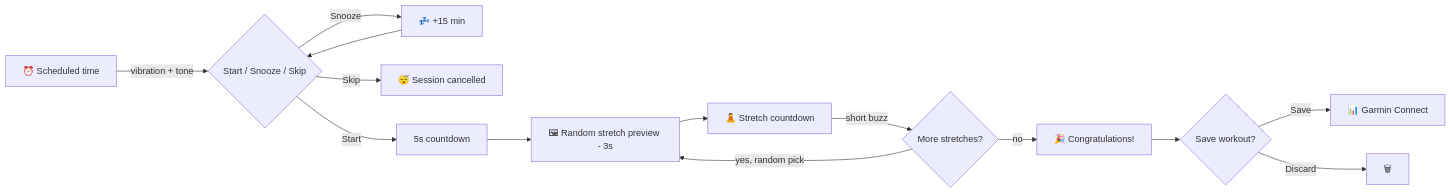
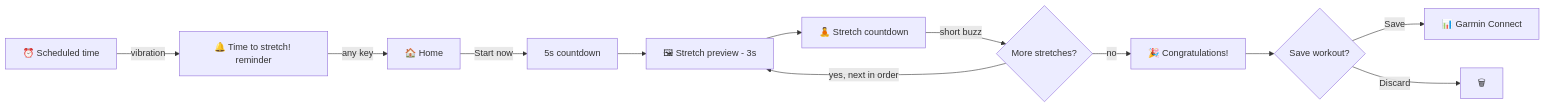
Before and after one commit to renanleonellocastro/Stretches: the diagram in README.md, drawn with Mermaid. The commit also changed other lines of this file and 341 other files, not shown here.

First line of the commit message:
v1.1.0: orange rebrand, button-free reminder, fixed order + reorder (#10)

````diff
--- a/README.md
+++ b/README.md
@@ -74,15 +74,14 @@
 ```mermaid
 flowchart LR
-    A[⏰ Scheduled time] -->|vibration + tone| B{Start / Snooze / Skip}
-    B -->|Snooze| A2[💤 +15 min] --> B
-    B -->|Skip| Z[😴 Session cancelled]
-    B -->|Start| C[5s countdown]
-    C --> D[🖼 Random stretch preview - 3s]
+    A[⏰ Scheduled time] -->|vibration| B[🔔 Time to stretch! reminder]
+    B -->|any key| H0[🏠 Home]
+    H0 -->|Start now| C[5s countdown]
+    C --> D[🖼 Stretch preview - 3s]
     D --> E[🧘 Stretch countdown]
     E -->|short buzz| D2{More stretches?}
-    D2 -->|yes, random pick| D
+    D2 -->|yes, next in order| D
     D2 -->|no| F[🎉 Congratulations!]
     F --> G{Save workout?}
     G -->|Save| H[📊 Garmin Connect]
     G -->|Discard| Z2[🗑]
 ```
````
